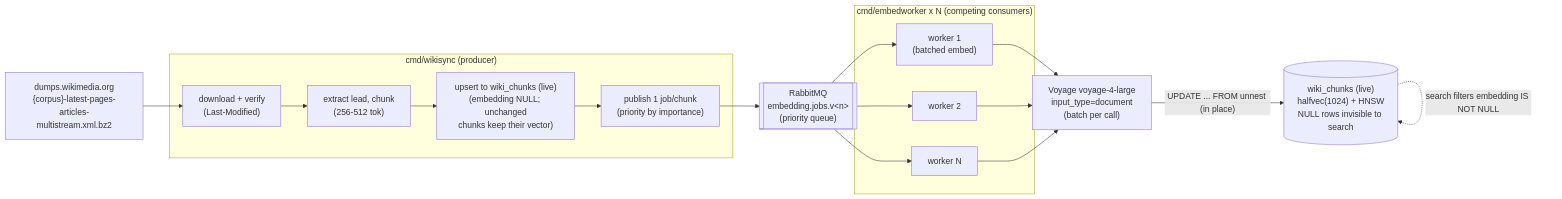
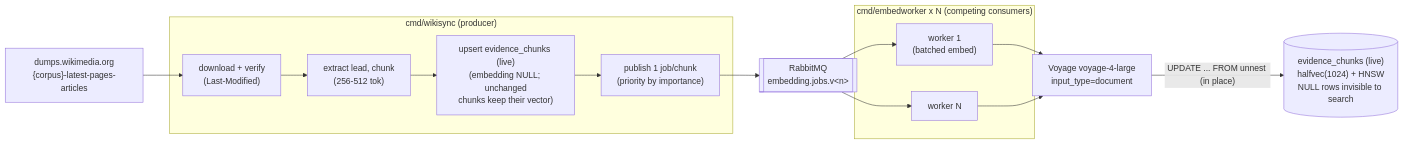
The second of 3 diagrams in docs/ingestion-pipeline.md (verovec/truth-in-stream), drawn with Mermaid before and after one commit. The commit also changed other lines of this file and 4 other files, not shown here.

````diff
--- a/docs/ingestion-pipeline.md
+++ b/docs/ingestion-pipeline.md
@@ -97,24 +103,22 @@
 ```mermaid
 flowchart LR
-    DUMP["dumps.wikimedia.org<br/>{corpus}-latest-pages-articles-<br/>multistream.xml.bz2"]
+    DUMP["dumps.wikimedia.org<br/>{corpus}-latest-pages-articles"]
     subgraph PROD["cmd/wikisync (producer)"]
       D["download + verify<br/>(Last-Modified)"]
       C["extract lead, chunk<br/>(256-512 tok)"]
-      U["upsert to wiki_chunks (live)<br/>(embedding NULL; unchanged<br/>chunks keep their vector)"]
+      U["upsert evidence_chunks (live)<br/>(embedding NULL; unchanged<br/>chunks keep their vector)"]
       P["publish 1 job/chunk<br/>(priority by importance)"]
     end
-    Q[["RabbitMQ<br/>embedding.jobs.v&lt;n&gt;<br/>(priority queue)"]]
+    Q[["RabbitMQ<br/>embedding.jobs.v&lt;n&gt;"]]
     subgraph FLEET["cmd/embedworker x N (competing consumers)"]
       W1["worker 1<br/>(batched embed)"]
-      W2["worker 2"]
       WN["worker N"]
     end
-    V["Voyage voyage-4-large<br/>input_type=document<br/>(batch per call)"]
-    LIVE[("wiki_chunks (live)<br/>halfvec(1024) + HNSW<br/>NULL rows invisible to search")]
+    V["Voyage voyage-4-large<br/>input_type=document"]
+    LIVE[("evidence_chunks (live)<br/>halfvec(1024) + HNSW<br/>NULL rows invisible to search")]
 
     DUMP --> D --> C --> U --> P --> Q
-    Q --> W1 & W2 & WN
-    W1 & W2 & WN --> V
+    Q --> W1 & WN
+    W1 & WN --> V
     V -- "UPDATE ... FROM unnest (in place)" --> LIVE
-    LIVE -. "search filters embedding IS NOT NULL" .-> LIVE
 ```
````
